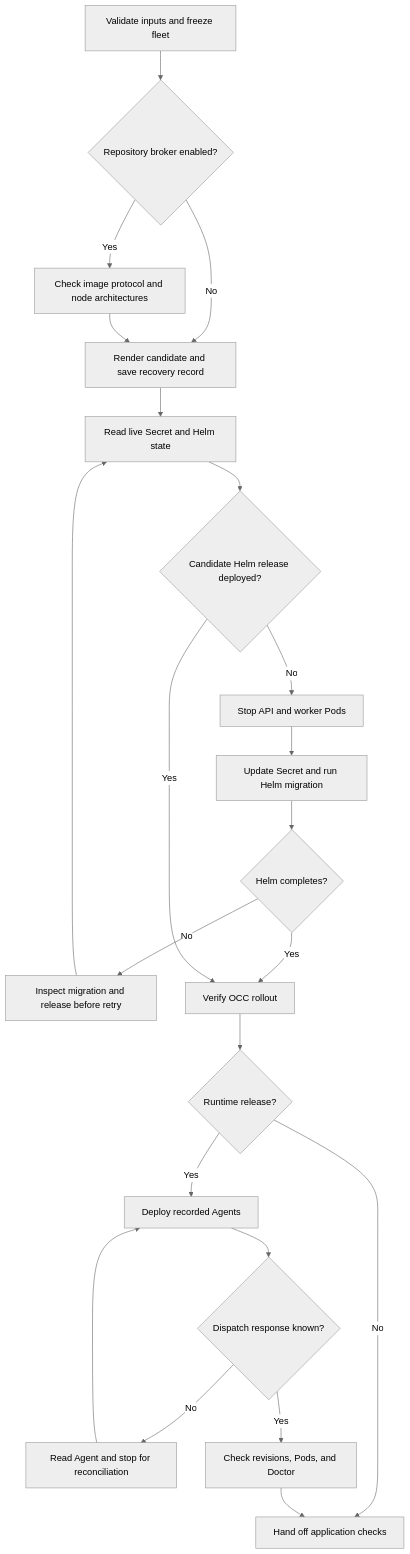
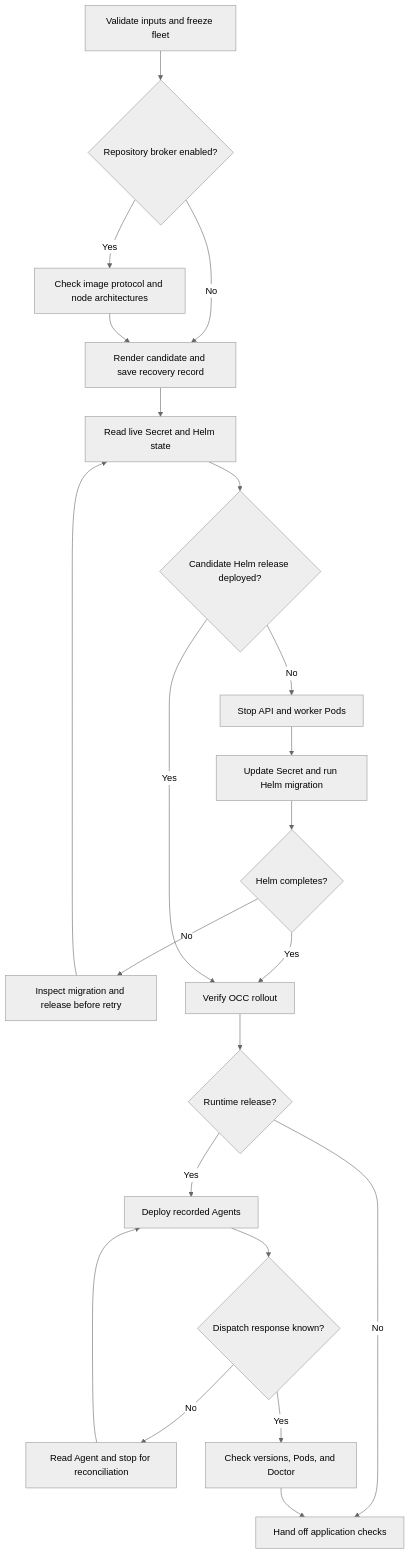
The diagram in docs/flows/coordinated-production-upgrade.md (openclaw/openclaw-enterprise), drawn with Mermaid (neutral theme) before and after one commit. The commit also changed other lines of this file and 198 other files, not shown here.

Commit message:
docs: clarify Agent revisions, versions, and limits

````diff
--- a/docs/flows/coordinated-production-upgrade.md
+++ b/docs/flows/coordinated-production-upgrade.md
@@ -31,24 +31,24 @@
 ```mermaid
 graph TD
     A["Validate inputs and freeze fleet"] --> Q{"Repository broker enabled?"}
     Q -->|Yes| P["Check image protocol and node architectures"]
     Q -->|No| B["Render candidate and save recovery record"]
     P --> B
     B --> C["Read live Secret and Helm state"]
     C --> D{"Candidate Helm release deployed?"}
     D -->|No| E["Stop API and worker Pods"]
     E --> F["Update Secret and run Helm migration"]
     F --> G{"Helm completes?"}
     G -->|No| H["Inspect migration and release before retry"]
     H --> C
     G -->|Yes| I["Verify OCC rollout"]
     D -->|Yes| I
     I --> J{"Runtime release?"}
     J -->|No| K["Hand off application checks"]
     J -->|Yes| L["Deploy recorded Agents"]
     L --> M{"Dispatch response known?"}
     M -->|No| N["Read Agent and stop for reconciliation"]
     N --> L
-    M -->|Yes| O["Check revisions, Pods, and Doctor"]
+    M -->|Yes| O["Check versions, Pods, and Doctor"]
     O --> K
 ```
````
